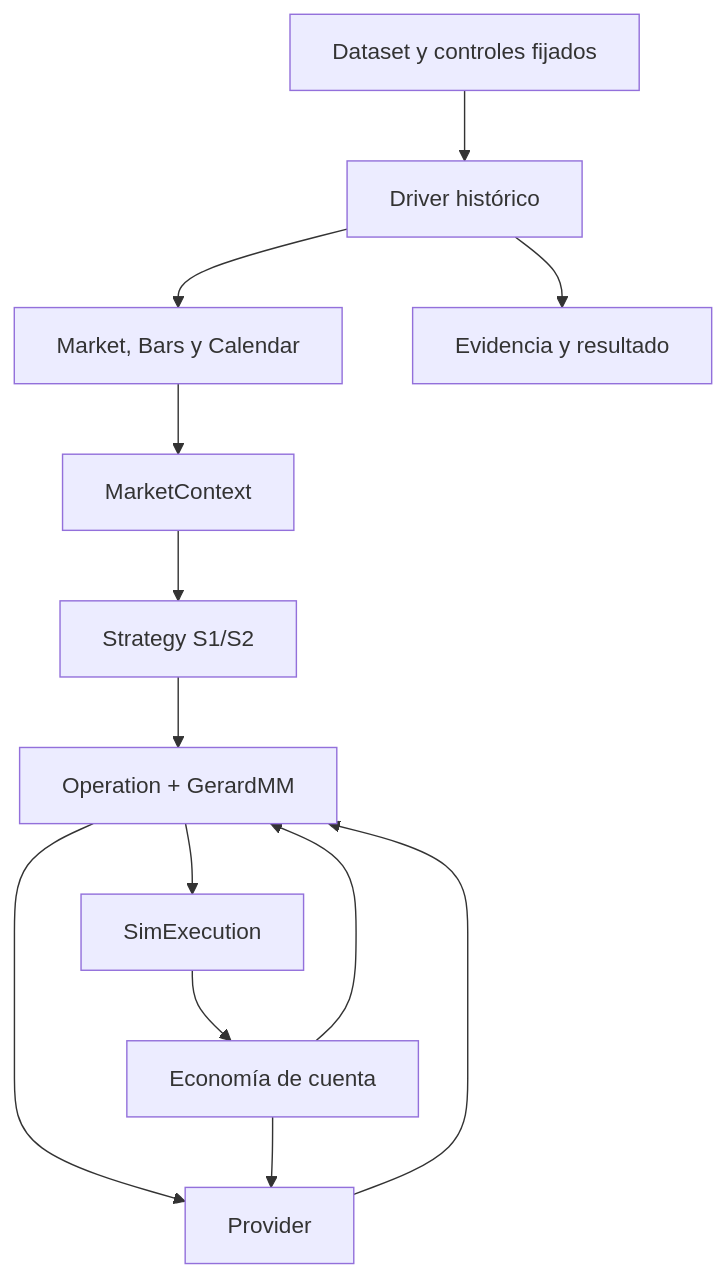
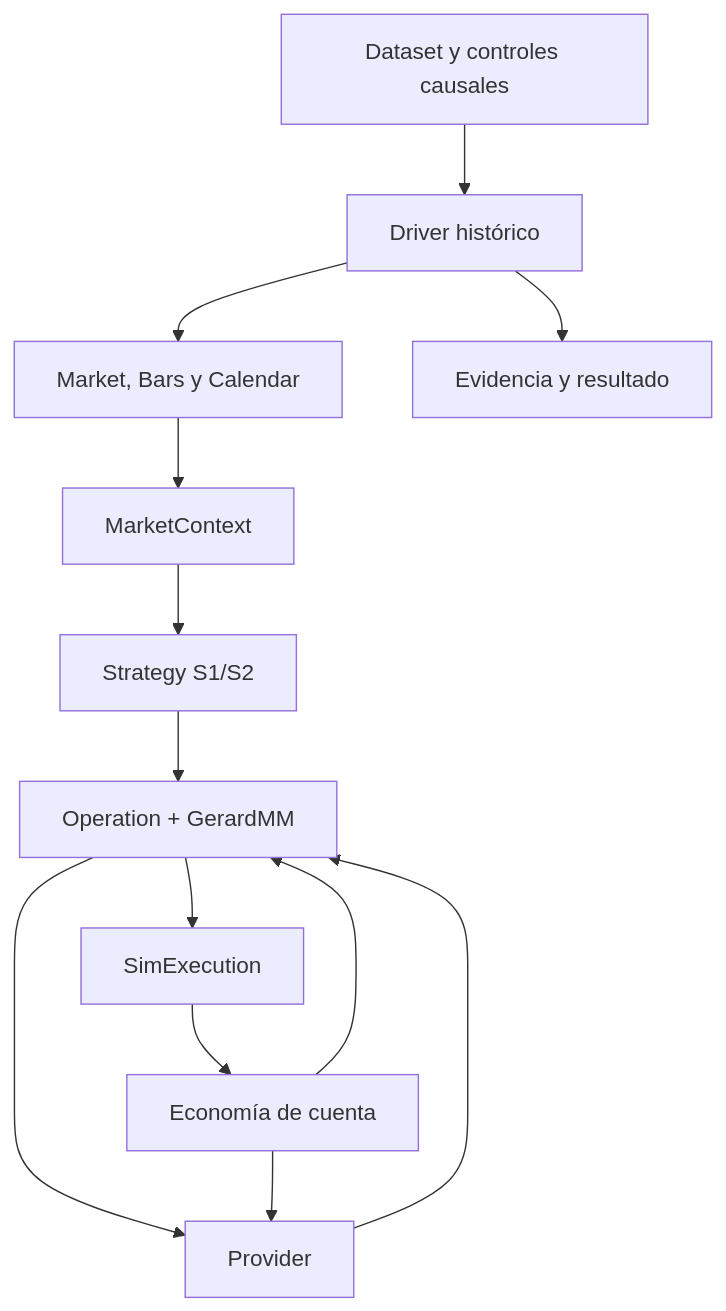
One commit to xKoRx/agents-os changed the diagram in main/10-projects/Echo Futures/artifacts/backtester-v1/Echo Futures — BT-S01 Backtester V1 Design.md. Above: the diagram before and after it, drawn with Mermaid. The commit also changed other lines of this file and 3 other files, not shown here.

```diff
--- a/main/10-projects/Echo Futures/artifacts/backtester-v1/Echo Futures — BT-S01 Backtester V1 Design.md
+++ b/main/10-projects/Echo Futures/artifacts/backtester-v1/Echo Futures — BT-S01 Backtester V1 Design.md
@@ -53,15 +67,15 @@
 ~~~mermaid
 flowchart TD
-    I["Dataset y controles fijados"] --> D["Driver histórico"]
+    I["Dataset y controles causales"] --> D["Driver histórico"]
     D --> M["Market, Bars y Calendar"]
     M --> V["MarketContext"]
     V --> S["Strategy S1/S2"]
     S --> O["Operation + GerardMM"]
     O --> P["Provider"]
     P --> O
     O --> X["SimExecution"]
     X --> E["Economía de cuenta"]
     E --> P
     E --> O
     D --> R["Evidencia y resultado"]
 ~~~
```
